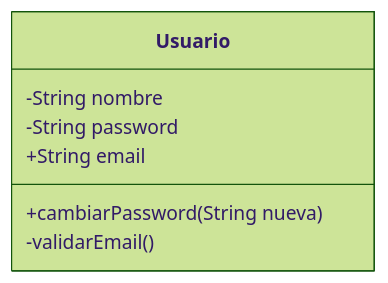
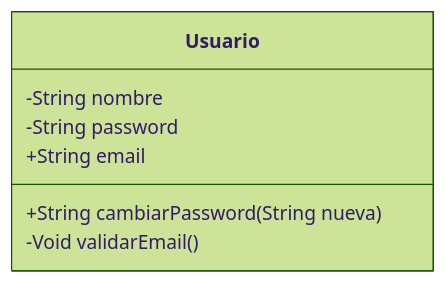
One commit to DaniRZ10/6.2.Bateria_de_ejercicios changed the first of 2 diagrams in README.md. Above: the diagram before and after it, drawn with Mermaid (forest theme). The commit also changed other lines of this file, not shown here.

````diff
--- a/README.md
+++ b/README.md
@@ -5,10 +5,10 @@
 ```mermaid
 classDiagram
     class Usuario {
         -String nombre
         -String password
         +String email
-        +cambiarPassword(String nueva)
-        -validarEmail()
+        +String cambiarPassword(String nueva)
+        -Void validarEmail()
     }
 ```
````
